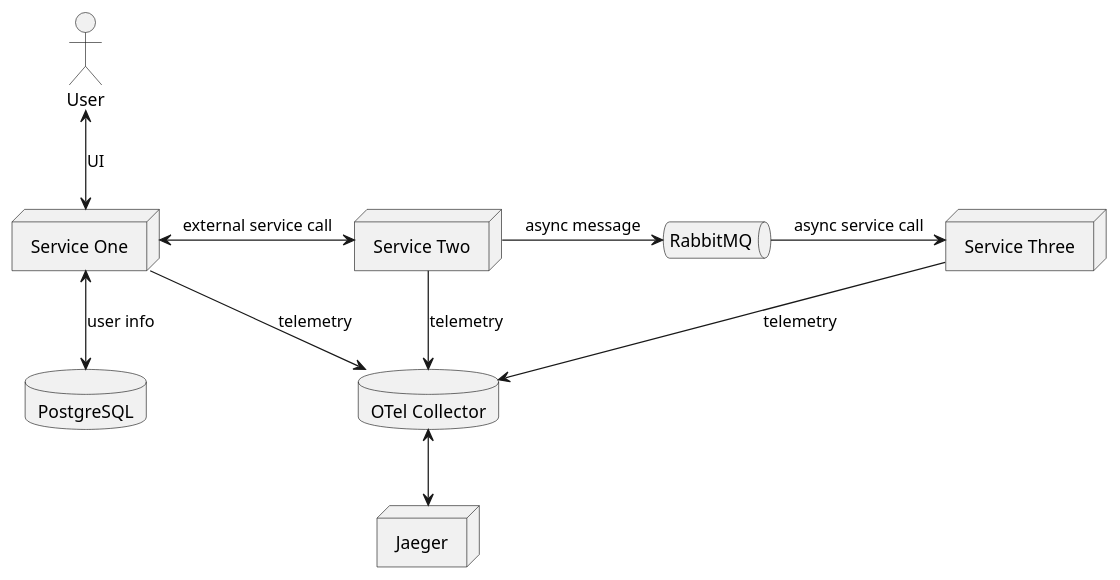
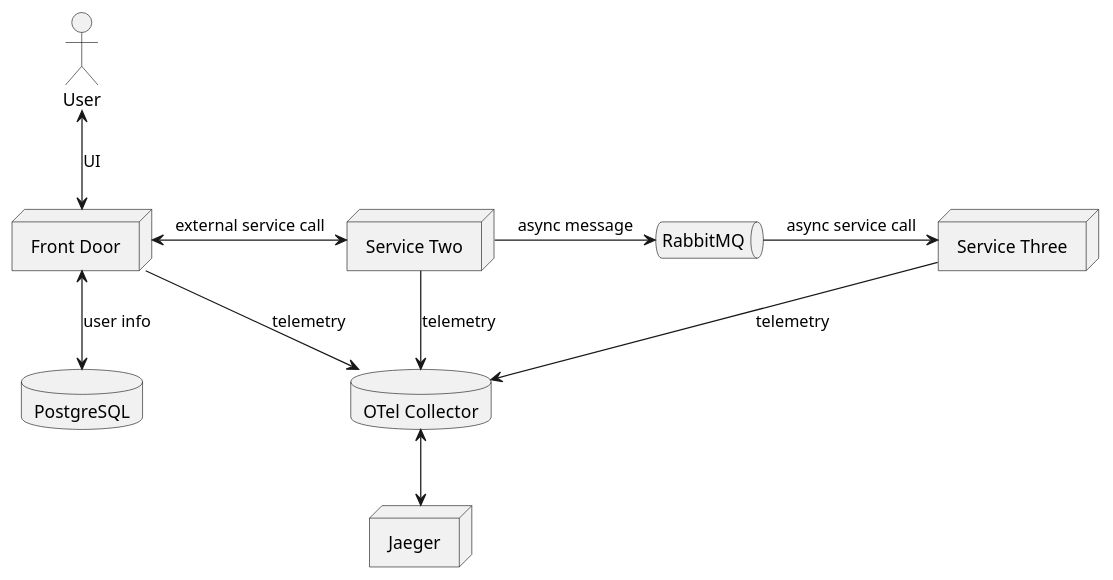
One commit to nderwin/otel-example changed the diagram in src/main/uml/system-overview.puml. Above: the diagram before and after it, drawn with PlantUML. The commit also changed 41 other files, not shown here.

```diff
--- a/src/main/uml/system-overview.puml
+++ b/src/main/uml/system-overview.puml
@@ -1,23 +1,23 @@
 @startuml
 
 actor user as "User"
-node svc1 as "Service One"
+node svc1 as "Front Door"
 node svc2 as "Service Two"
 node svc3 as "Service Three"
 database pgsql as "PostgreSQL"
 queue q as "RabbitMQ"
 database otel as "OTel Collector"
 node jaeger as "Jaeger"
 
 user <--> svc1 : UI
 svc1 <--> pgsql : user info
 svc1 <-right-> svc2 : external service call
 svc2 -right-> q : async message
 q -right-> svc3 : async service call
 
 svc1 --> otel : telemetry
 svc2 --> otel : telemetry
 svc3 --> otel : telemetry
 otel <--> jaeger
 
 @enduml
```
